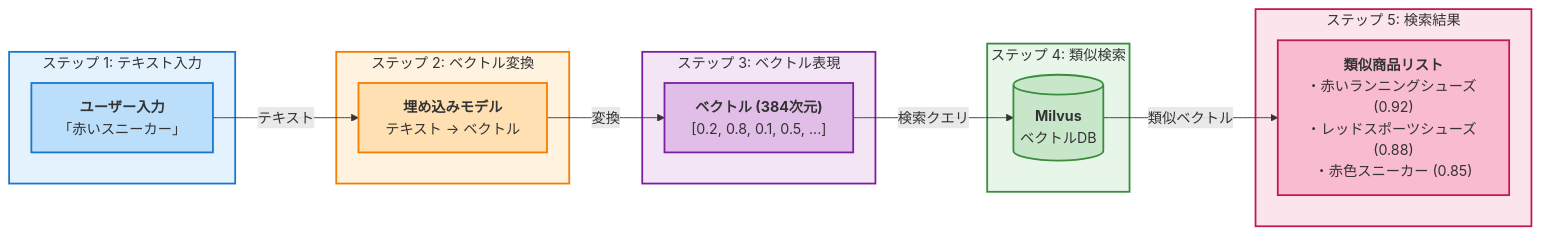
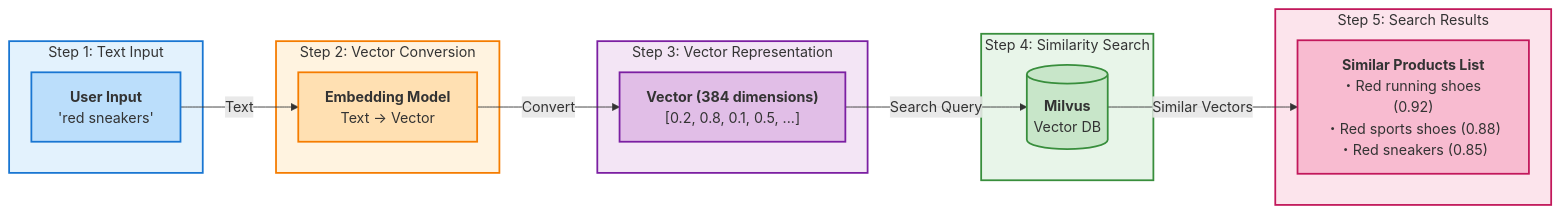
One commit to mukoubuchi/vector-search-hands-on changed the diagram in docs/part1.md. Above: the diagram before and after it, drawn with Mermaid. The commit also changed other lines of this file and 16 other files, not shown here.

````diff
--- a/docs/part1.md
+++ b/docs/part1.md
@@ -34,39 +34,39 @@
 ```mermaid
 graph LR
-    subgraph step1["ステップ 1: テキスト入力"]
-        A["<b>ユーザー入力</b><br/>「赤いスニーカー」"]
+    subgraph step1["Step 1: Text Input"]
+        A["<b>User Input</b><br/>'red sneakers'"]
     end
     
-    subgraph step2["ステップ 2: ベクトル変換"]
-        B["<b>埋め込みモデル</b><br/>テキスト → ベクトル"]
+    subgraph step2["Step 2: Vector Conversion"]
+        B["<b>Embedding Model</b><br/>Text → Vector"]
     end
     
-    subgraph step3["ステップ 3: ベクトル表現"]
-        C["<b>ベクトル (384次元)</b><br/>[0.2, 0.8, 0.1, 0.5, ...]"]
+    subgraph step3["Step 3: Vector Representation"]
+        C["<b>Vector (384 dimensions)</b><br/>[0.2, 0.8, 0.1, 0.5, ...]"]
     end
     
-    subgraph step4["ステップ 4: 類似検索"]
-        D[("<b>Milvus</b><br/>ベクトルDB")]
+    subgraph step4["Step 4: Similarity Search"]
+        D[("<b>Milvus</b><br/>Vector DB")]
     end
     
-    subgraph step5["ステップ 5: 検索結果"]
-        E["<b>類似商品リスト</b><br/>・赤いランニングシューズ (0.92)<br/>・レッドスポーツシューズ (0.88)<br/>・赤色スニーカー (0.85)"]
+    subgraph step5["Step 5: Search Results"]
+        E["<b>Similar Products List</b><br/>・Red running shoes (0.92)<br/>・Red sports shoes (0.88)<br/>・Red sneakers (0.85)"]
     end
     
-    A -->|テキスト| B
-    B -->|変換| C
-    C -->|検索クエリ| D
-    D -->|類似ベクトル| E
+    A -->|Text| B
+    B -->|Convert| C
+    C -->|Search Query| D
+    D -->|Similar Vectors| E
     
     style step1 fill:#E3F2FD,stroke:#1976D2,stroke-width:2px
     style step2 fill:#FFF3E0,stroke:#F57C00,stroke-width:2px
     style step3 fill:#F3E5F5,stroke:#7B1FA2,stroke-width:2px
     style step4 fill:#E8F5E9,stroke:#388E3C,stroke-width:2px
     style step5 fill:#FCE4EC,stroke:#C2185B,stroke-width:2px
     
     style A fill:#BBDEFB,stroke:#1976D2,stroke-width:2px
     style B fill:#FFE0B2,stroke:#F57C00,stroke-width:2px
     style C fill:#E1BEE7,stroke:#7B1FA2,stroke-width:2px
     style D fill:#C8E6C9,stroke:#388E3C,stroke-width:2px
     style E fill:#F8BBD0,stroke:#C2185B,stroke-width:2px
 ```
````
